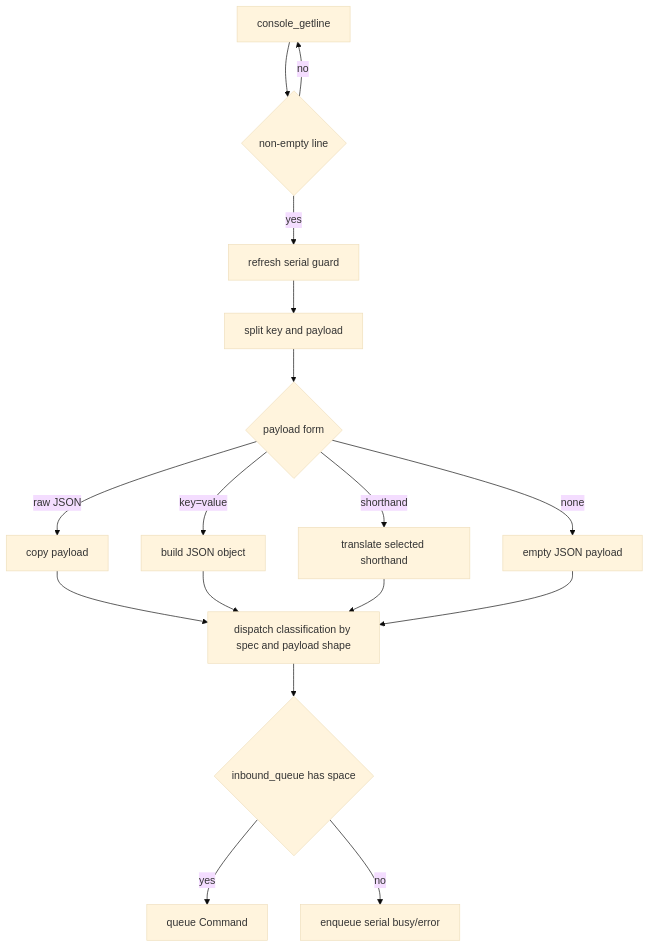
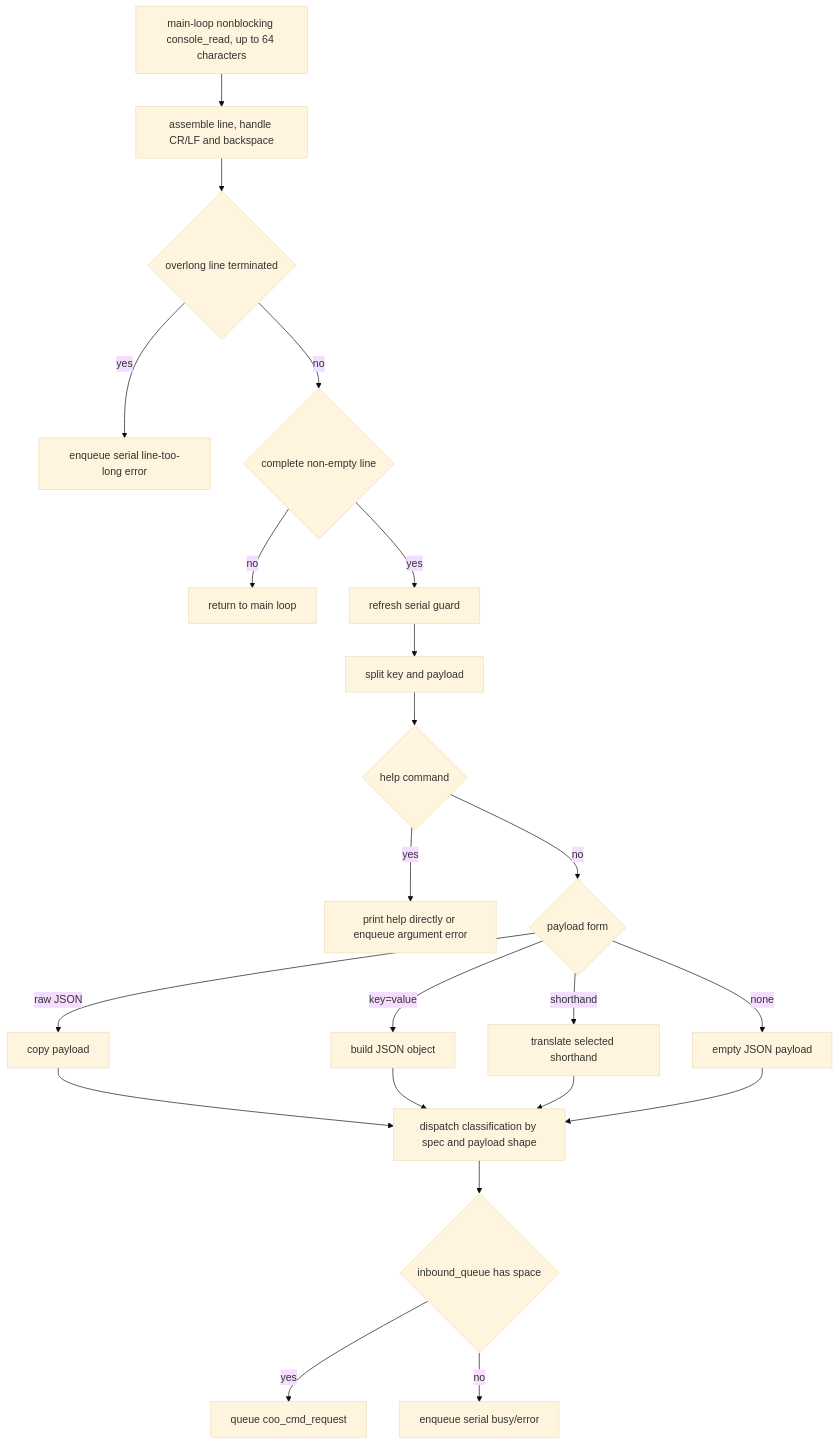
Before and after one commit to COO-Utilities/hispec-tib: the fifth of 25 diagrams in doc/diagrams.md, drawn with Mermaid (base theme). The commit also changed other lines of this file and 39 other files, not shown here.

````diff
--- a/doc/diagrams.md
+++ b/doc/diagrams.md
@@ -101,19 +105,24 @@
 ```mermaid
 flowchart TD
-  Console[console_getline] --> Line{non-empty line}
-  Line -- no --> Console
+  Console[main-loop nonblocking console_read, up to 64 characters] --> Assemble[assemble line, handle CR/LF and backspace]
+  Assemble --> Overflow{overlong line terminated}
+  Overflow -- yes --> LongError[enqueue serial line-too-long error]
+  Overflow -- no --> Line{complete non-empty line}
+  Line -- no --> Return[return to main loop]
   Line -- yes --> Guard[refresh serial guard]
   Guard --> Split[split key and payload]
-  Split --> Payload{payload form}
+  Split --> Help{help command}
+  Help -- yes --> Print[print help directly or enqueue argument error]
+  Help -- no --> Payload{payload form}
   Payload -- none --> Empty[empty JSON payload]
   Payload -- raw JSON --> Copy[copy payload]
   Payload -- key=value --> KV[build JSON object]
   Payload -- shorthand --> Short[translate selected shorthand]
   Copy --> Classify[dispatch classification by spec and payload shape]
   KV --> Classify
   Short --> Classify
   Empty --> Classify
   Classify --> Queue{inbound_queue has space}
-  Queue -- yes --> Enqueue[queue Command]
+  Queue -- yes --> Enqueue[queue coo_cmd_request]
   Queue -- no --> Error[enqueue serial busy/error]
 ```
````
